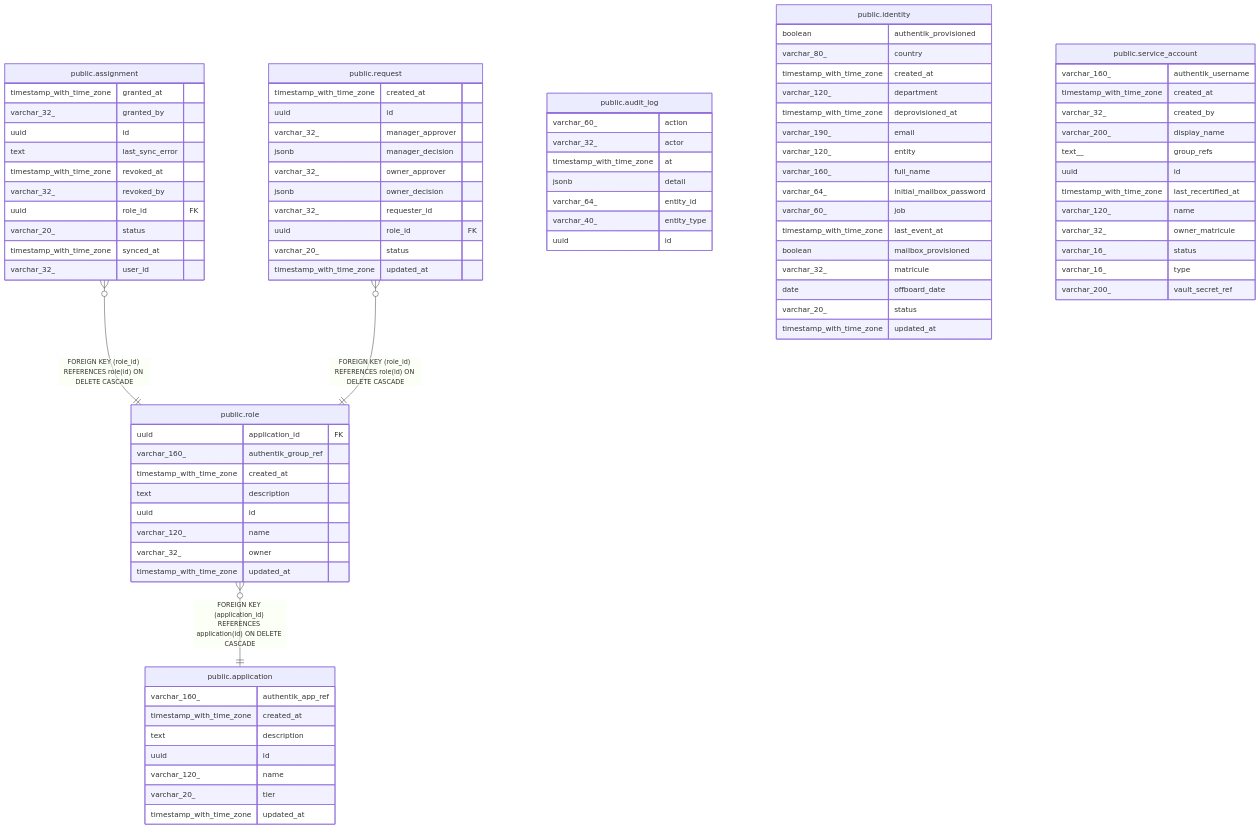
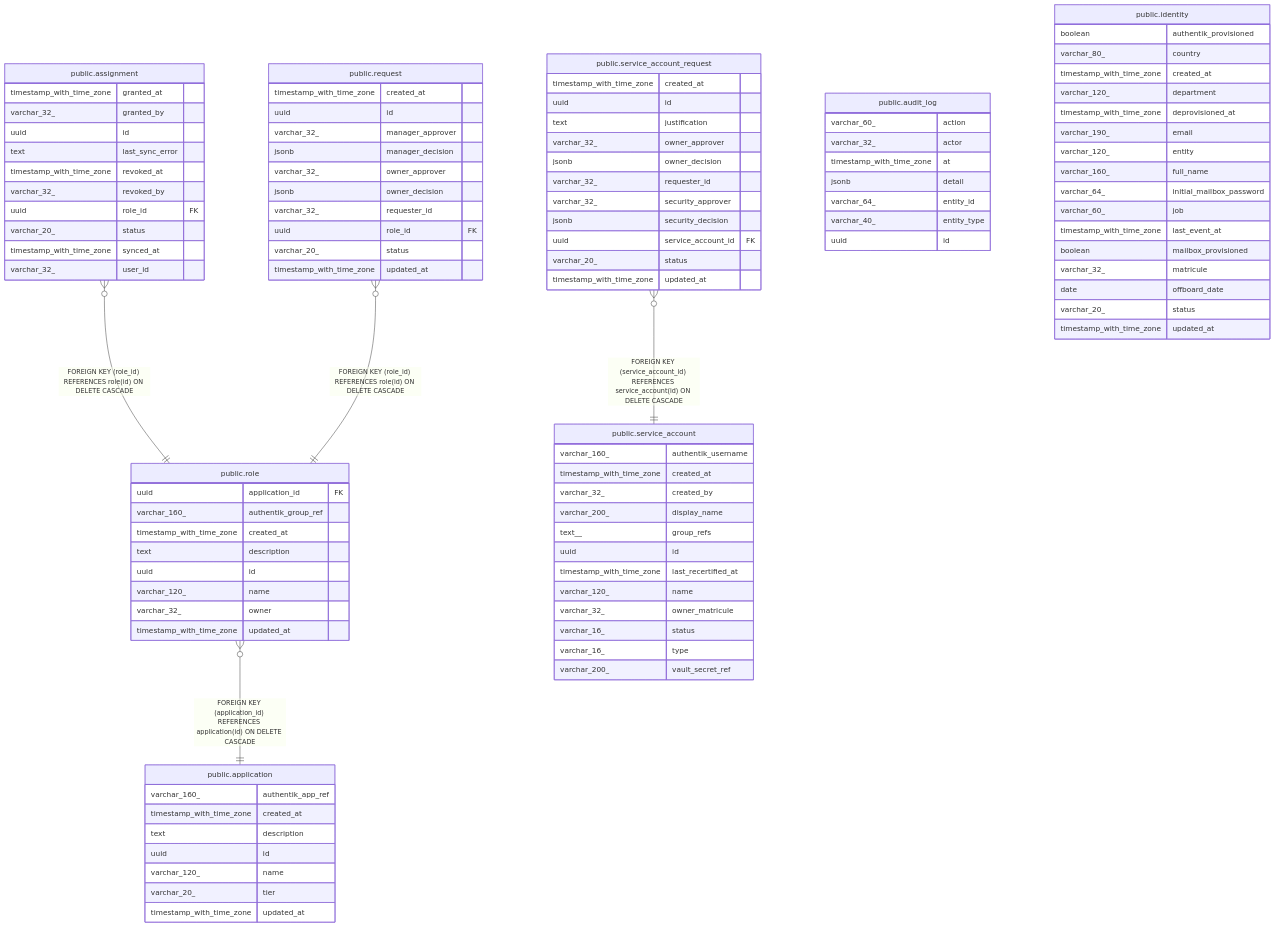
Before and after one commit to andrelair-platform/ktayl-iam: the diagram in backend/docs/data-model/README.md, drawn with Mermaid. The commit also changed other lines of this file and 12 other files, not shown here.

First line of the commit message:
feat(iga): governed service-account request + dual-approval (IGA-06 S022)

````diff
--- a/backend/docs/data-model/README.md
+++ b/backend/docs/data-model/README.md
@@ -20,6 +21,7 @@
 "public.assignment" }o--|| "public.role" : "FOREIGN KEY (role_id) REFERENCES role(id) ON DELETE CASCADE"
 "public.request" }o--|| "public.role" : "FOREIGN KEY (role_id) REFERENCES role(id) ON DELETE CASCADE"
 "public.role" }o--|| "public.application" : "FOREIGN KEY (application_id) REFERENCES application(id) ON DELETE CASCADE"
+"public.service_account_request" }o--|| "public.service_account" : "FOREIGN KEY (service_account_id) REFERENCES service_account(id) ON DELETE CASCADE"
 
 "public.application" {
   varchar_160_ authentik_app_ref
@@ -105,4 +107,17 @@
   varchar_16_ type
   varchar_200_ vault_secret_ref
 }
+"public.service_account_request" {
+  timestamp_with_time_zone created_at
+  uuid id
+  text justification
+  varchar_32_ owner_approver
+  jsonb owner_decision
+  varchar_32_ requester_id
+  varchar_32_ security_approver
+  jsonb security_decision
+  uuid service_account_id FK
+  varchar_20_ status
+  timestamp_with_time_zone updated_at
+}
 ```
````
